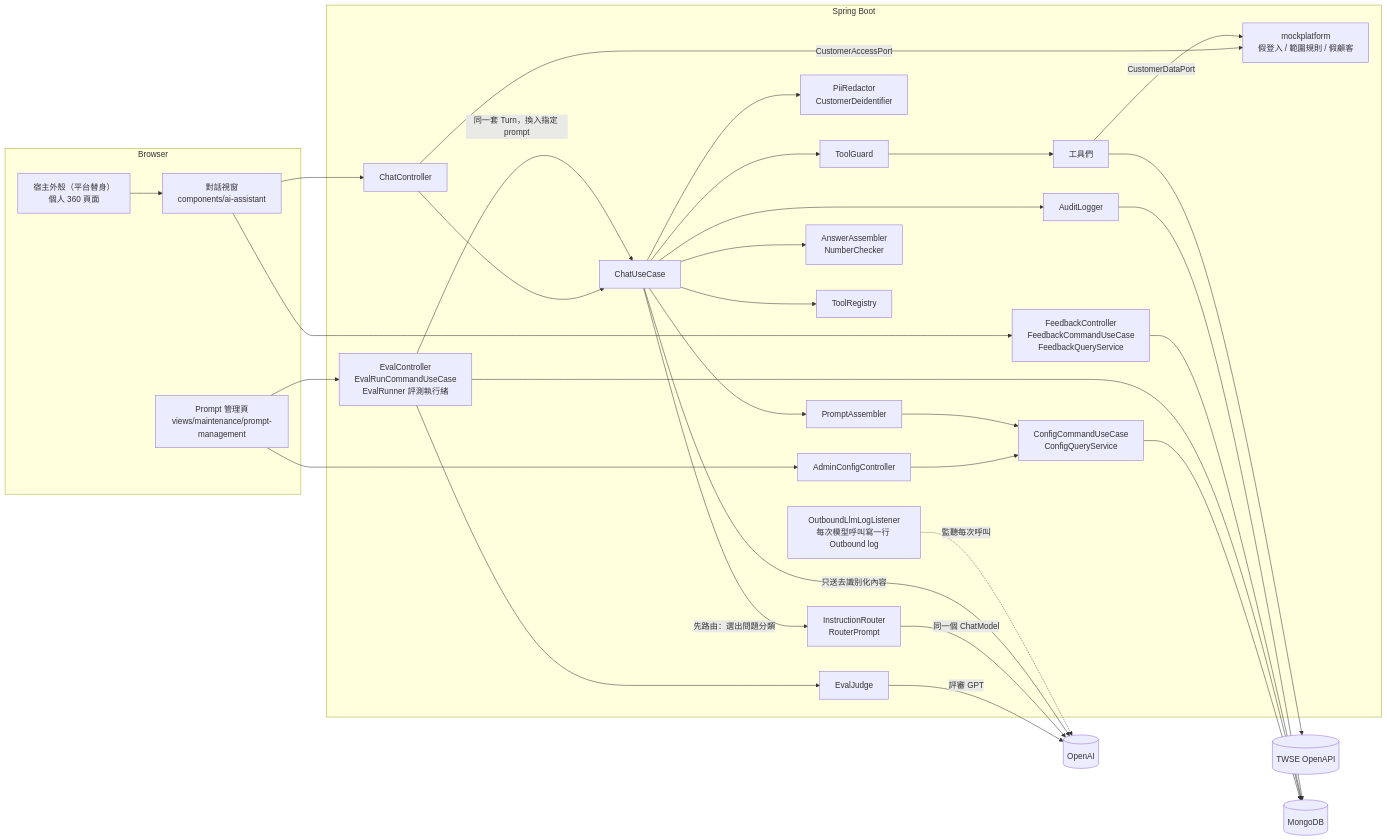
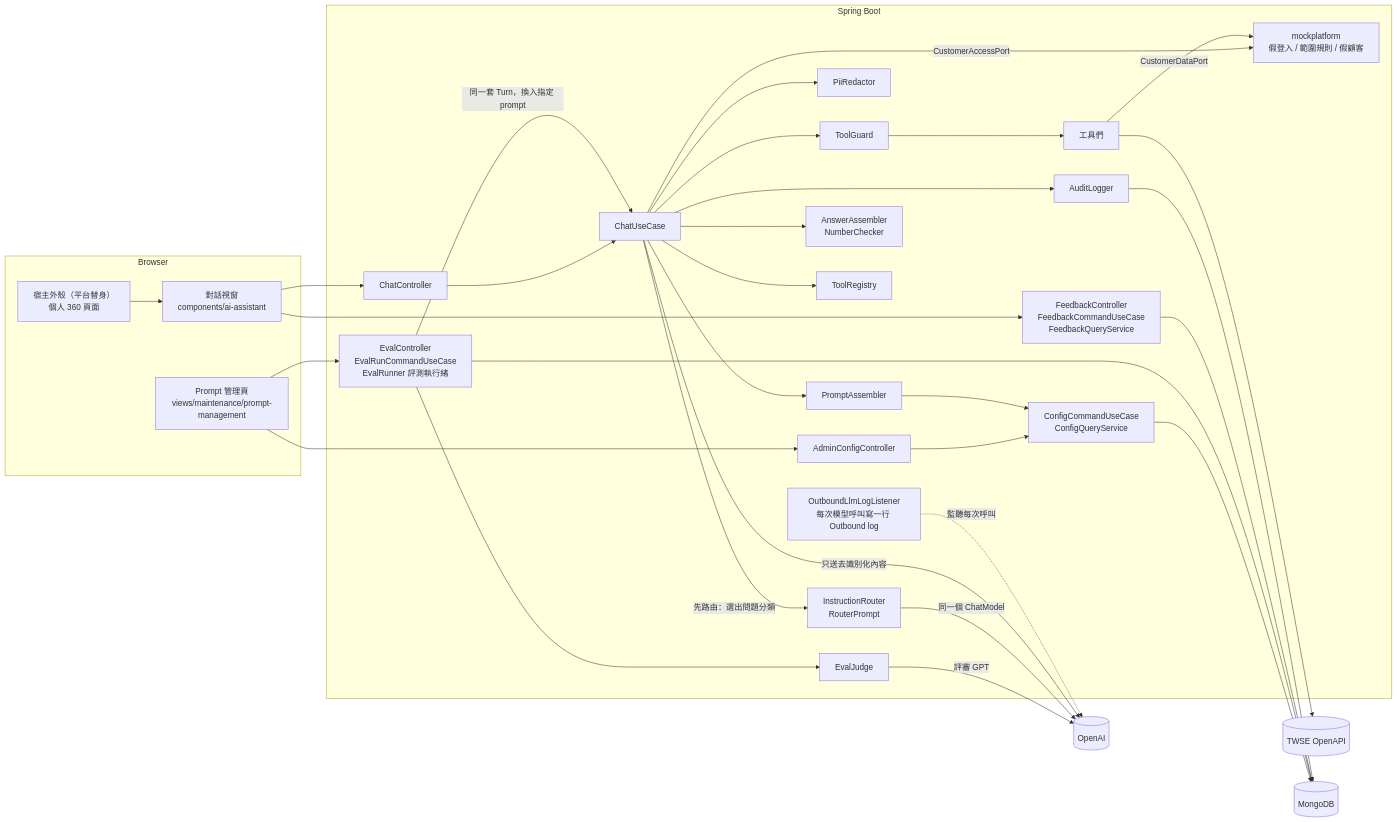
One commit to Rue1216/assistant-poc changed the second of 11 diagrams in docs/spec/01-architecture.md. Above: the diagram before and after it, drawn with Mermaid. The commit also changed other lines of this file and 6 other files, not shown here.

````diff
--- a/docs/spec/01-architecture.md
+++ b/docs/spec/01-architecture.md
@@ -49,50 +49,50 @@
 ```mermaid
 flowchart LR
   subgraph Browser
     H[宿主外殼（平台替身）<br/>個人 360 頁面]
     W[對話視窗<br/>components/ai-assistant]
     A[Prompt 管理頁<br/>views/maintenance/prompt-management]
   end
   subgraph Backend[Spring Boot]
     CC[ChatController]
     AC[AdminConfigController]
     O[ChatUseCase]
-    RD[PiiRedactor<br/>CustomerDeidentifier]
+    RD[PiiRedactor]
     IR[InstructionRouter<br/>RouterPrompt]
     PA[PromptAssembler]
     AA[AnswerAssembler<br/>NumberChecker]
     TR[ToolRegistry]
     TG[ToolGuard]
     T[工具們]
     CS[ConfigCommandUseCase<br/>ConfigQueryService]
     AU[AuditLogger]
     LL[OutboundLlmLogListener<br/>每次模型呼叫寫一行 Outbound log]
     FB[FeedbackController<br/>FeedbackCommandUseCase<br/>FeedbackQueryService]
     EV[EvalController<br/>EvalRunCommandUseCase<br/>EvalRunner 評測執行緒]
     EJ[EvalJudge]
     MP[mockplatform<br/>假登入 / 範圍規則 / 假顧客]
   end
   GPT[(OpenAI)]
   TWSE[(TWSE OpenAPI)]
   DB[(MongoDB)]
 
   H --> W --> CC
-  CC -->|CustomerAccessPort| MP
   CC --> O
+  O -->|CustomerAccessPort| MP
   A --> AC --> CS --> DB
   A --> EV --> DB
   EV -->|同一套 Turn，換入指定 prompt| O
   EV --> EJ -->|評審 GPT| GPT
   W --> FB --> DB
   O --> RD
   O -->|先路由：選出問題分類| IR -->|同一個 ChatModel| GPT
   O --> PA --> CS
   O --> AA
   O --> TR
   O -->|只送去識別化內容| GPT
   O --> TG --> T
   T -->|CustomerDataPort| MP
   T --> TWSE
   O --> AU --> DB
   LL -.->|監聽每次呼叫| GPT
 ```
````
